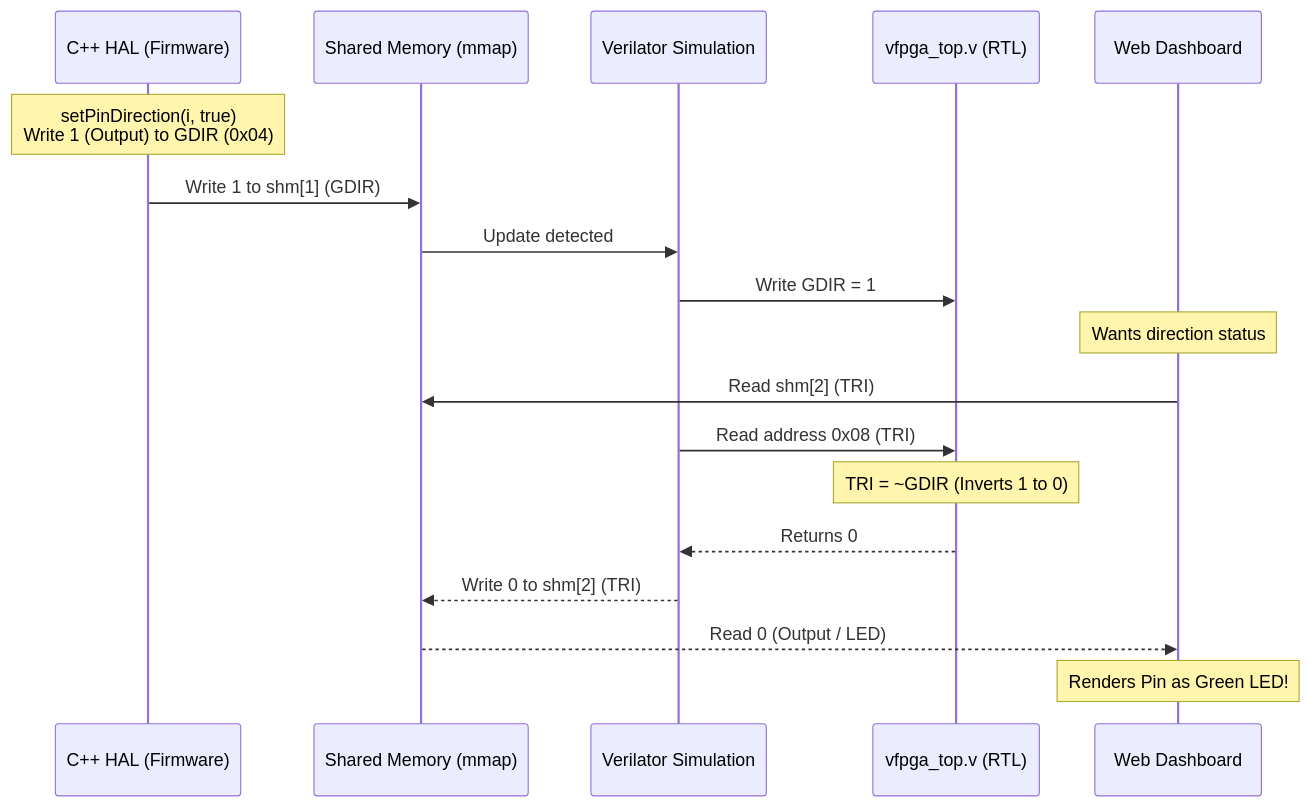
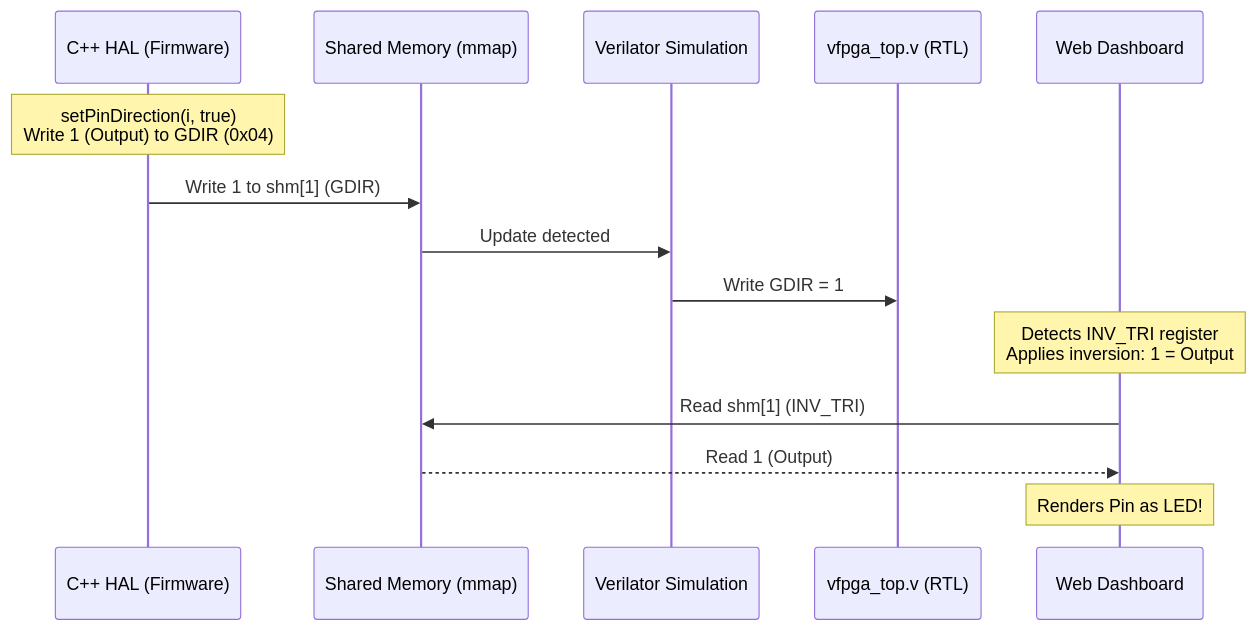
One commit to sirosiro/FPGA-BoardlessBench changed the diagram in tests/scenarios/P01_frdmIMX/README.md. Above: the diagram before and after it, drawn with Mermaid. The commit also changed other lines of this file and 7 other files, not shown here.

Commit message:
Implement generic active-low direction polarity mapping (INV_TRI) for GPIO dashboard and clean up simulation registers

````diff
--- a/tests/scenarios/P01_frdmIMX/README.md
+++ b/tests/scenarios/P01_frdmIMX/README.md
@@ -86,22 +90,18 @@
 ```mermaid
 sequenceDiagram
     participant App as C++ HAL (Firmware)
     participant SHM as Shared Memory (mmap)
     participant Sim as Verilator Simulation
     participant RTL as vfpga_top.v (RTL)
     participant Dash as Web Dashboard
 
     Note over App: setPinDirection(i, true)<br/>Write 1 (Output) to GDIR (0x04)
     App->>SHM: Write 1 to shm[1] (GDIR)
     SHM->>Sim: Update detected
     Sim->>RTL: Write GDIR = 1
     
-    Note over Dash: Wants direction status
-    Dash->>SHM: Read shm[2] (TRI)
-    Sim->>RTL: Read address 0x08 (TRI)
-    Note over RTL: TRI = ~GDIR (Inverts 1 to 0)
-    RTL-->>Sim: Returns 0
-    Sim-->>SHM: Write 0 to shm[2] (TRI)
-    SHM-->>Dash: Read 0 (Output / LED)
-    Note over Dash: Renders Pin as Green LED!
+    Note over Dash: Detects INV_TRI register<br/>Applies inversion: 1 = Output
+    Dash->>SHM: Read shm[1] (INV_TRI)
+    SHM-->>Dash: Read 1 (Output)
+    Note over Dash: Renders Pin as LED!
 ```
````
